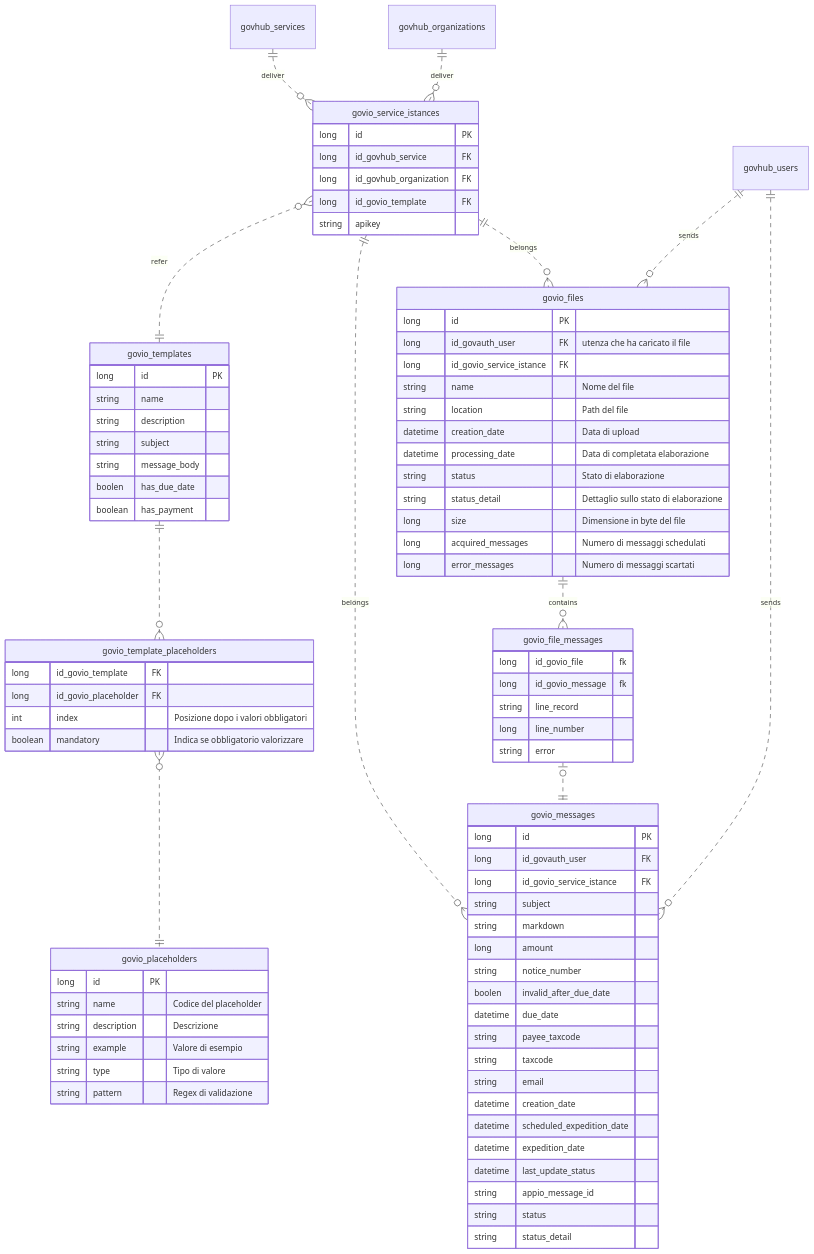
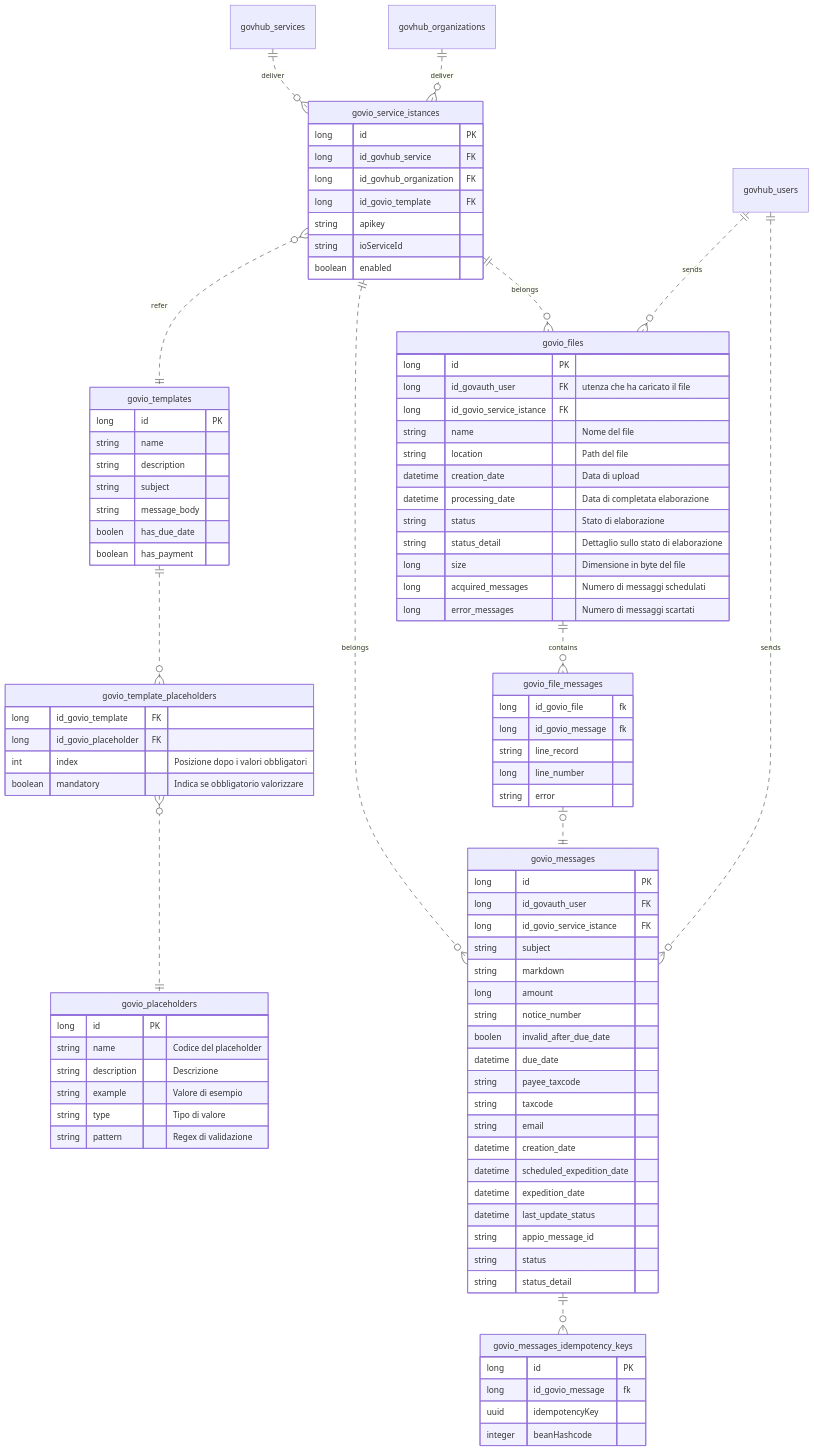
Before and after one commit to link-it/govio-docs: the diagram in documentazione-tecnica/database.md, drawn with Mermaid. The commit also changed 2 other files, not shown here.

Commit message:
GITBOOK-21: change request with no subject merged in GitBook

````diff
--- a/documentazione-tecnica/database.md
+++ b/documentazione-tecnica/database.md
@@ -7,5 +7,6 @@
 ```mermaid
 erDiagram
+
 
     govio_templates ||..o{ govio_template_placeholders : ""
     govio_template_placeholders }o..|| govio_placeholders : ""
@@ -18,6 +19,7 @@
     govio_files ||..o{ govio_file_messages : contains
     govio_file_messages o|..|| govio_messages : "" 
     govhub_users ||..o{ govio_messages : sends  
+    govio_messages ||..o{ govio_messages_idempotency_keys : ""
 
     govio_service_istances {
         long id PK
@@ -25,6 +27,8 @@
         long id_govhub_organization FK
         long id_govio_template FK
         string apikey
+        string ioServiceId
+        boolean enabled
     }
 
     govio_templates {
@@ -98,4 +102,12 @@
         string status_detail
     }
 
+    govio_messages_idempotency_keys {
+        long id PK
+        long id_govio_message fk
+        uuid idempotencyKey
+        integer beanHashcode
+    }
+
+
 ```
````
